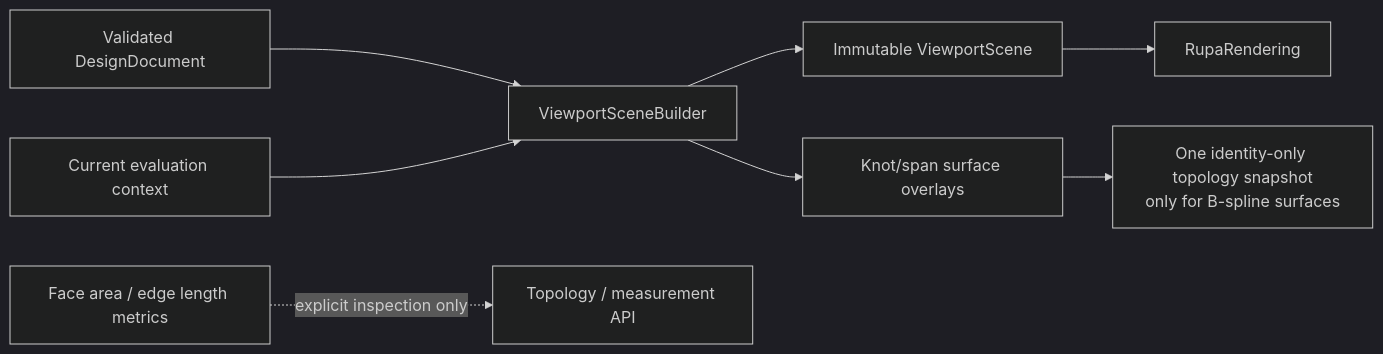
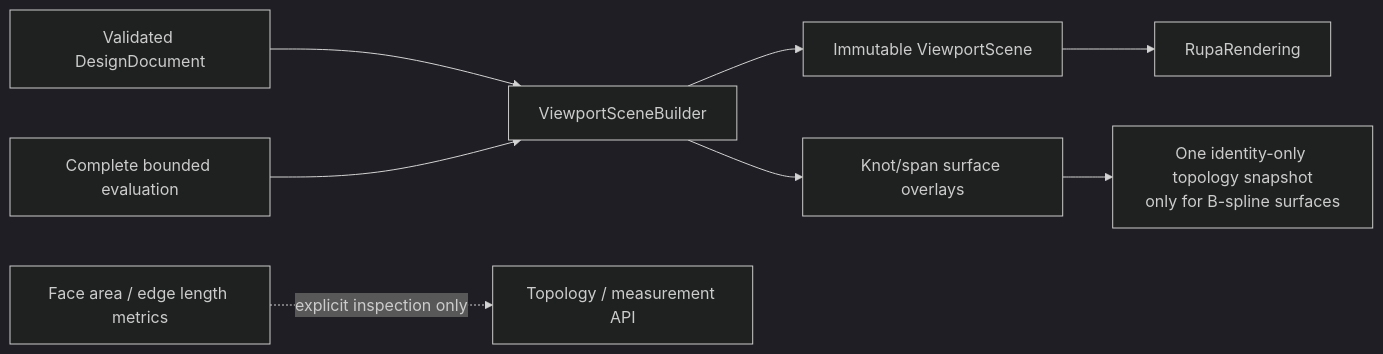
The first of 2 diagrams in RupaKit/Sources/RupaViewportScene/DESIGN.md (1amageek/Rupa), drawn with Mermaid (dark theme) before and after one commit. The commit also changed other lines of this file and 13 other files, not shown here.

````diff
--- a/RupaKit/Sources/RupaViewportScene/DESIGN.md
+++ b/RupaKit/Sources/RupaViewportScene/DESIGN.md
@@ -41,10 +44,10 @@
 ```mermaid
 flowchart LR
     Source["Validated DesignDocument"] --> Builder["ViewportSceneBuilder"]
-    Evaluation["Current evaluation context"] --> Builder
+    Evaluation["Complete bounded evaluation"] --> Builder
     Builder --> Scene["Immutable ViewportScene"]
     Builder --> Overlay["Knot/span surface overlays"]
     Overlay --> Identity["One identity-only topology snapshot\nonly for B-spline surfaces"]
     Scene --> Rendering["RupaRendering"]
     Metrics["Face area / edge length metrics"] -. "explicit inspection only" .-> Inspection["Topology / measurement API"]
 ```
````
